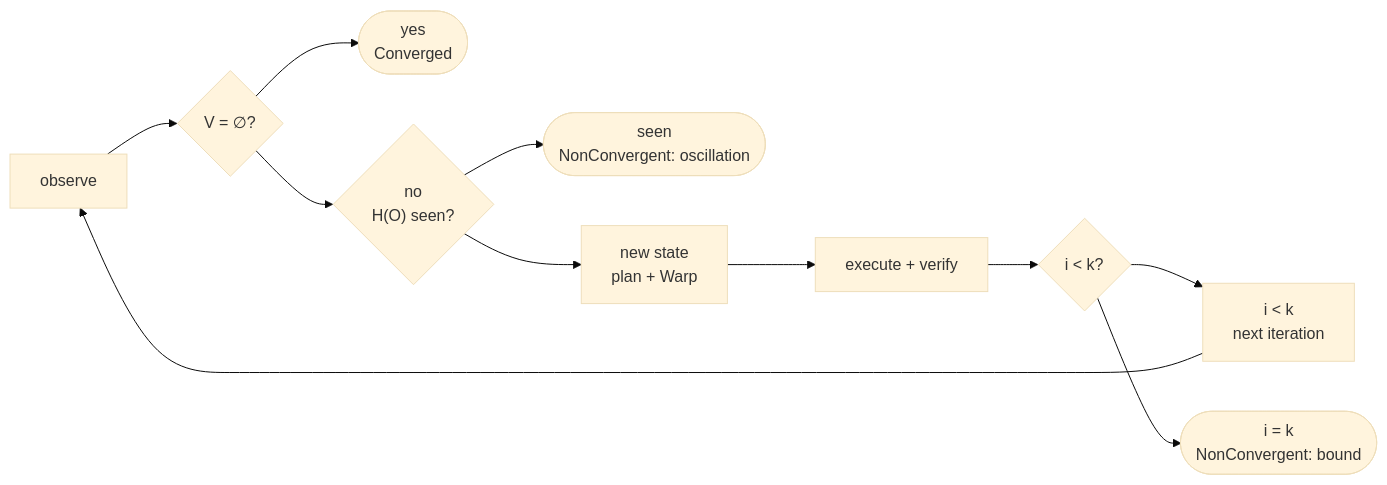
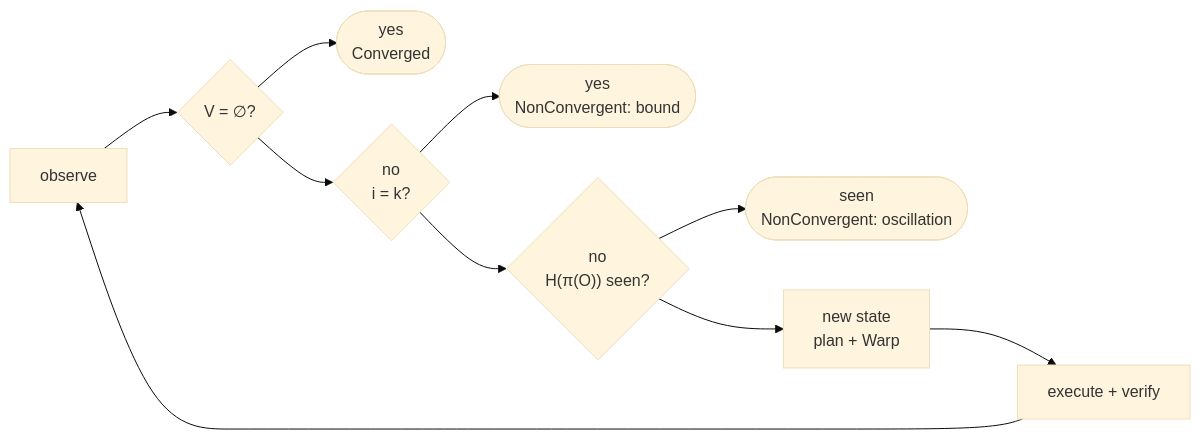
One commit to kmosoti/Nomos changed the diagram in docs/formal/reconciliation.md. Above: the diagram before and after it, drawn with Mermaid (base theme). The commit also changed other lines of this file and 7 other files, not shown here.

````diff
--- a/docs/formal/reconciliation.md
+++ b/docs/formal/reconciliation.md
@@ -47,10 +49,10 @@
 ```mermaid
 flowchart LR
     O["observe"] --> D{"V = ∅?"}
     D --> C(["yes<br/>Converged"])
-    D --> Hs{"no<br/>H(O) seen?"}
+    D --> K{"no<br/>i = k?"}
+    K --> N2(["yes<br/>NonConvergent: bound"])
+    K --> Hs{"no<br/>H(π(O)) seen?"}
     Hs --> N1(["seen<br/>NonConvergent: oscillation"])
-    Hs --> P["new state<br/>plan + Warp"] --> X["execute + verify"] --> B{"i < k?"}
-    B --> Loop["i < k<br/>next iteration"] --> O
-    B --> N2(["i = k<br/>NonConvergent: bound"])
+    Hs --> P["new state<br/>plan + Warp"] --> X["execute + verify"] --> O
 ```
````
